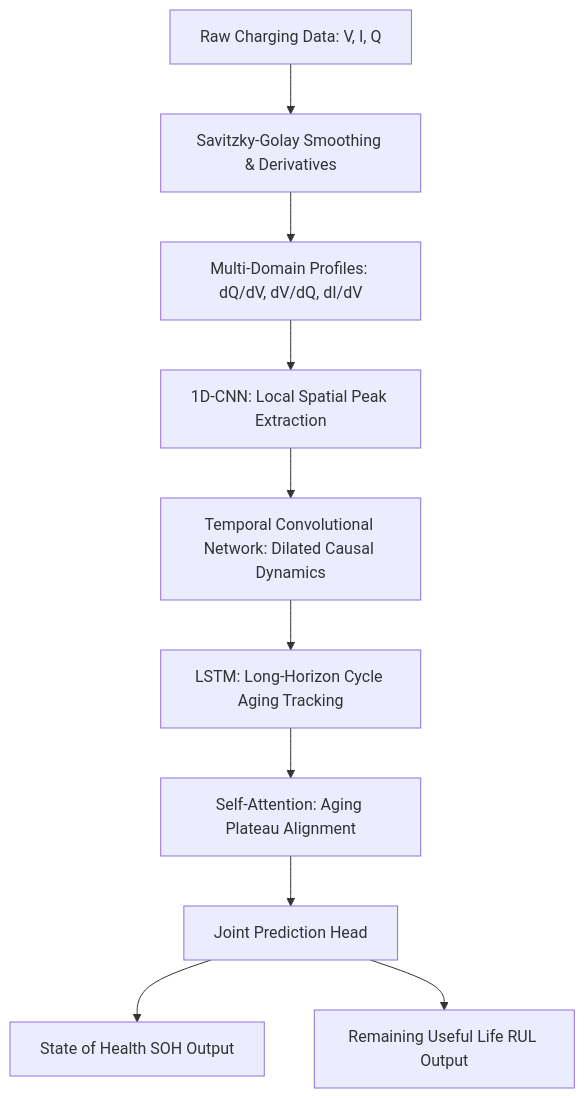
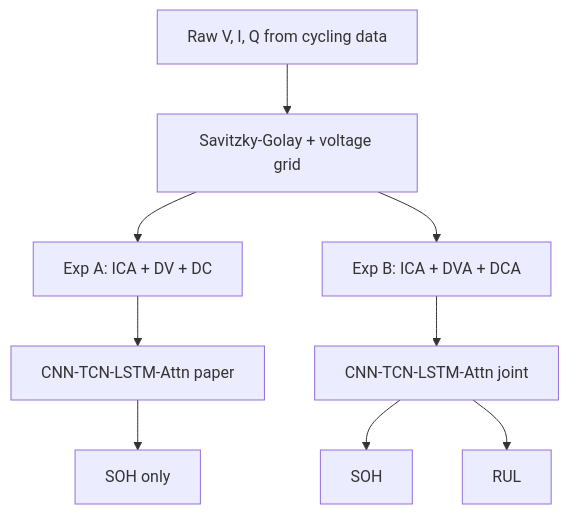
One commit to VamshiKrishnaBandari07/MSc-CAPSTONE-PROJECT-SOH-RUL-PREDICTION-- changed the diagram in README.md. Above: the diagram before and after it, drawn with Mermaid. The commit also changed other lines of this file and 3 other files, not shown here.

````diff
--- a/README.md
+++ b/README.md
@@ -32,12 +121,11 @@
 ```mermaid
 graph TD
-    Raw[Raw Charging Data: V, I, Q] --> Pre[Savitzky-Golay Smoothing & Derivatives]
-    Pre --> Features[Multi-Domain Profiles: dQ/dV, dV/dQ, dI/dV]
-    Features --> CNN[1D-CNN: Local Spatial Peak Extraction]
-    CNN --> TCN[Temporal Convolutional Network: Dilated Causal Dynamics]
-    TCN --> LSTM[LSTM: Long-Horizon Cycle Aging Tracking]
-    LSTM --> Attn[Self-Attention: Aging Plateau Alignment]
-    Attn --> JointHead[Joint Prediction Head]
-    JointHead --> SOH[State of Health SOH Output]
-    JointHead --> RUL[Remaining Useful Life RUL Output]
+    Raw[Raw V, I, Q from cycling data] --> Pre[Savitzky-Golay + voltage grid]
+    Pre --> A_Feat[Exp A: ICA + DV + DC]
+    Pre --> B_Feat[Exp B: ICA + DVA + DCA]
+    A_Feat --> PaperModel[CNN-TCN-LSTM-Attn paper]
+    B_Feat --> MscModel[CNN-TCN-LSTM-Attn joint]
+    PaperModel --> SOH_A[SOH only]
+    MscModel --> SOH_B[SOH]
+    MscModel --> RUL[RUL]
 ```
````
